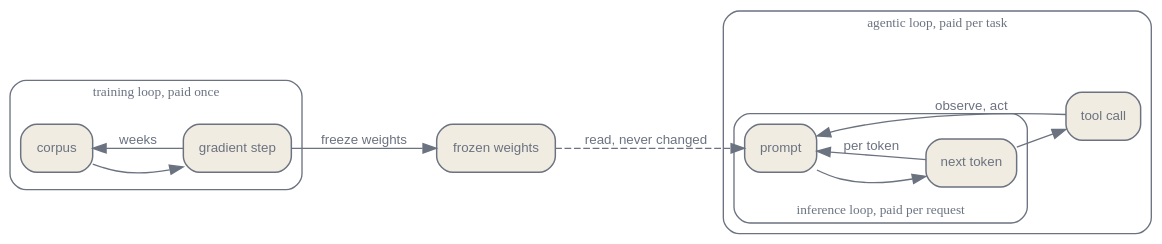
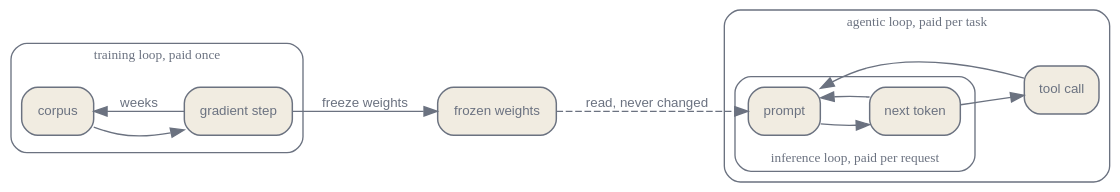
Before and after one commit to latere-ai/ai-as-an-infrastructure: the second of 3 diagrams in en/orientation/01-whole-stack.qmd, drawn with Graphviz. The commit also changed other lines of this file and 18 other files, not shown here.

````diff
--- a/en/orientation/01-whole-stack.qmd
+++ b/en/orientation/01-whole-stack.qmd
@@ -171,34 +171,34 @@
 ```{dot}
 //| label: fig-whole-stack-loops
 //| fig-cap: "The three nested loops. The training loop runs once and freezes weights. Each inference loop reads those frozen weights and is paid per request. The agentic loop wraps many inference loops per task. Cost is paid at the cadence each loop runs."
 digraph {
   bgcolor="transparent";
   rankdir=LR;
   nodesep=0.4; ranksep=0.5;
   node [shape=box, style="rounded,filled", fontname="Helvetica", fontsize=10, color="#6b7280", fontcolor="#6b7280", fillcolor="#f1ece1", penwidth=1.1];
   edge [fontsize=10, fontname="Helvetica", color="#6b7280", fontcolor="#6b7280"];
   subgraph cluster_TR {
     label="training loop, paid once"; style=rounded; color="#6b7280"; fontcolor="#6b7280"; fontsize=10;
     corpus [label="corpus"];
     grad [label="gradient step"];
     corpus -> grad;
     grad -> corpus [label="weeks"];
   }
   W [label="frozen weights"];
   subgraph cluster_AG {
     label="agentic loop, paid per task"; style=rounded; color="#6b7280"; fontcolor="#6b7280"; fontsize=10;
     subgraph cluster_INF {
       label="inference loop, paid per request"; labelloc="b"; style=rounded; color="#6b7280"; fontcolor="#6b7280"; fontsize=10;
       prompt [label="prompt"];
       tok [label="next token"];
       prompt -> tok;
-      tok -> prompt [label="per token"];
+      tok -> prompt;
     }
     tool [label="tool call"];
     tok -> tool;
-    tool -> prompt [label="observe, act"];
+    tool -> prompt;
   }
   grad -> W [label="freeze weights"];
   W -> prompt [style=dashed, label="read, never changed"];
 }
 ```
````
